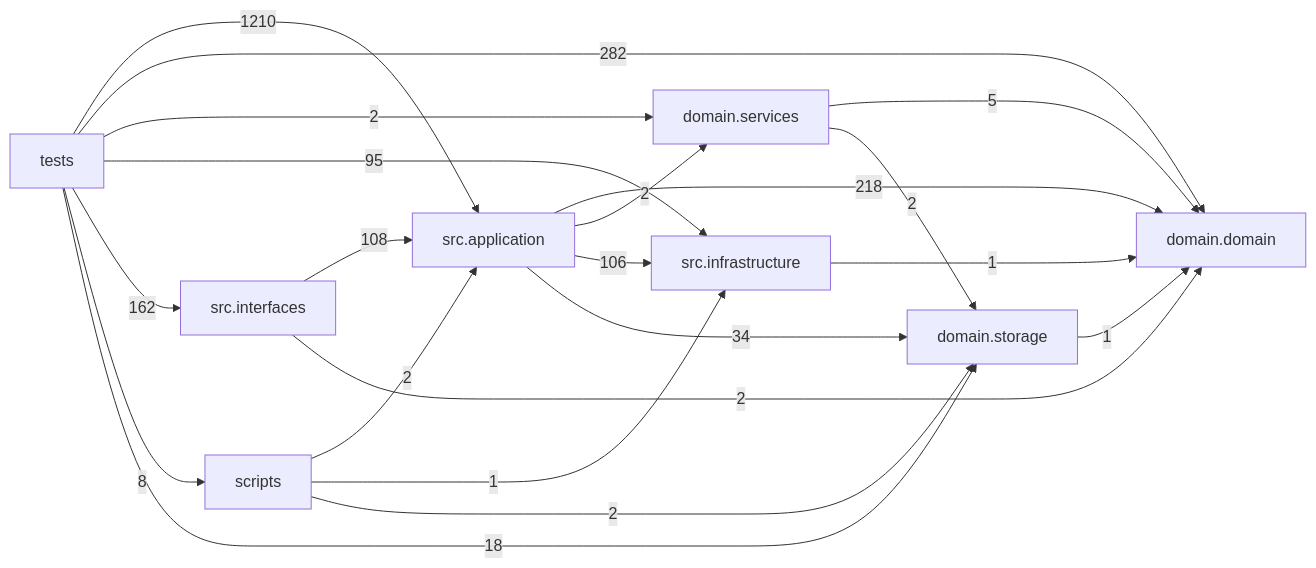
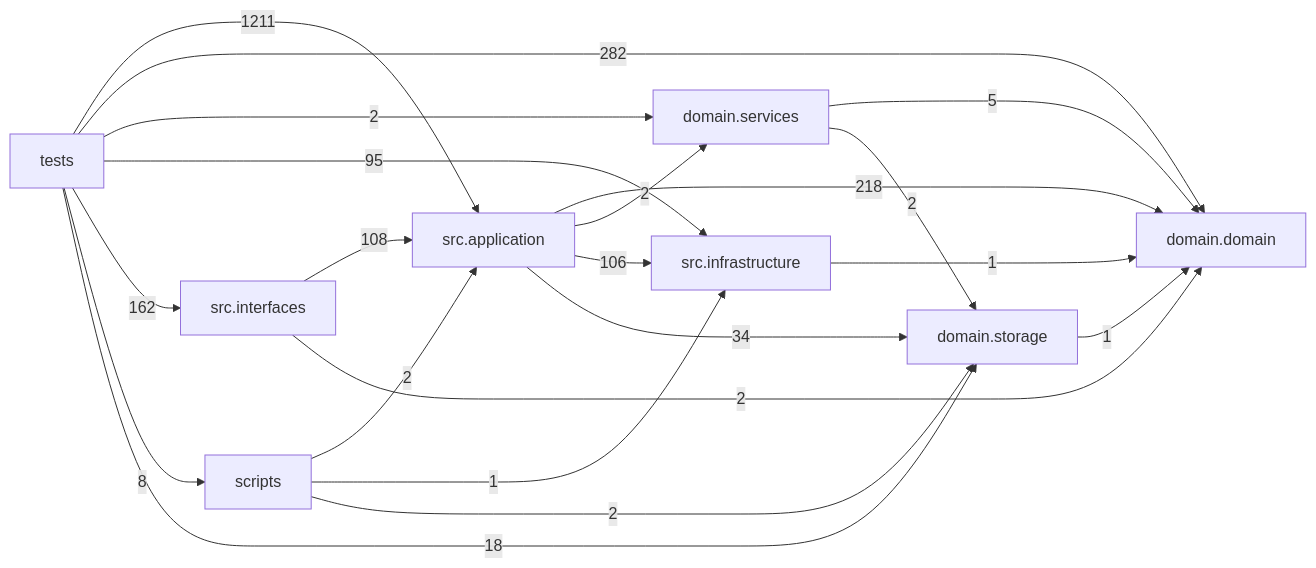
One commit to liuxie066/options-monitor changed the diagram in docs/DEPENDENCY_GRAPH.md. Above: the diagram before and after it, drawn with Mermaid. The commit also changed other lines of this file and 2 other files, not shown here.

````diff
--- a/docs/DEPENDENCY_GRAPH.md
+++ b/docs/DEPENDENCY_GRAPH.md
@@ -24,31 +24,31 @@
 ```mermaid
 flowchart LR
   tests["tests"]
   scripts["scripts"]
   interfaces["src.interfaces"]
   application["src.application"]
   infrastructure["src.infrastructure"]
   domain_services["domain.services"]
   domain["domain.domain"]
   storage["domain.storage"]
   application -->|218| domain
   application -->|2| domain_services
   application -->|106| infrastructure
   application -->|34| storage
   domain_services -->|5| domain
   domain_services -->|2| storage
   infrastructure -->|1| domain
   interfaces -->|108| application
   interfaces -->|2| domain
   scripts -->|2| application
   scripts -->|1| infrastructure
   scripts -->|2| storage
   storage -->|1| domain
-  tests -->|1210| application
+  tests -->|1211| application
   tests -->|282| domain
   tests -->|2| domain_services
   tests -->|95| infrastructure
   tests -->|162| interfaces
   tests -->|8| scripts
   tests -->|18| storage
 ```
````
